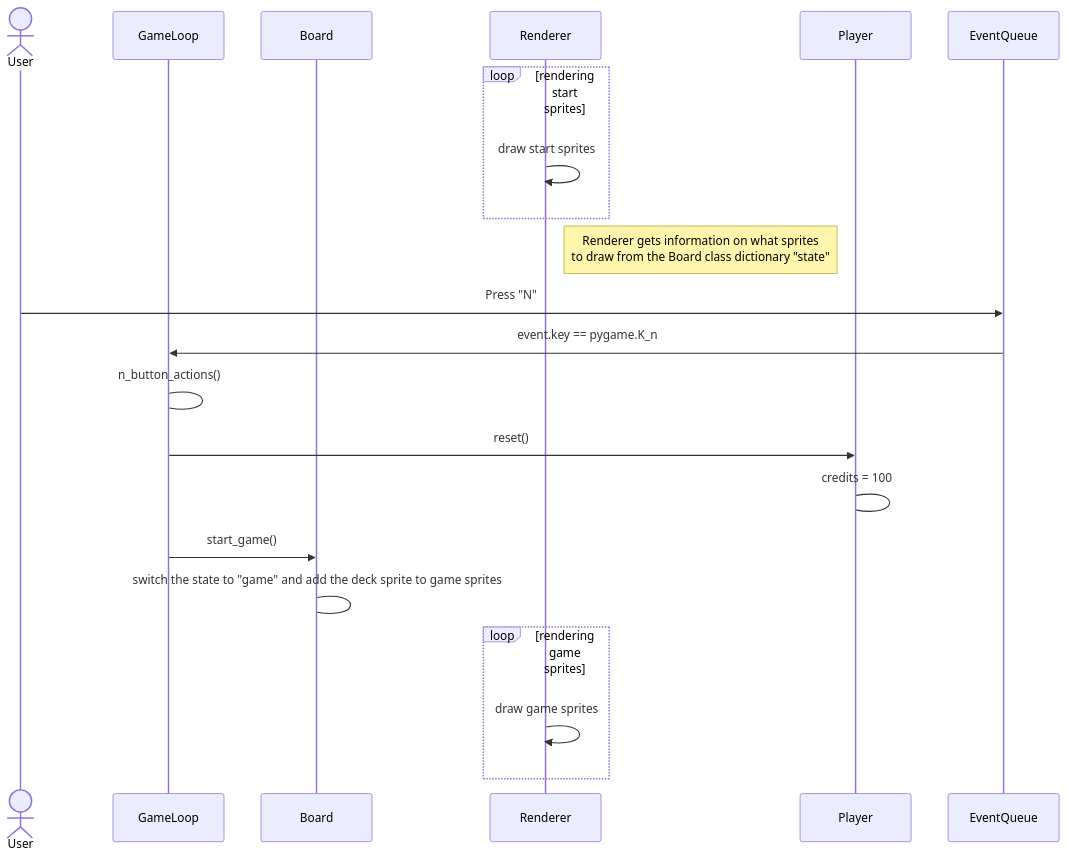
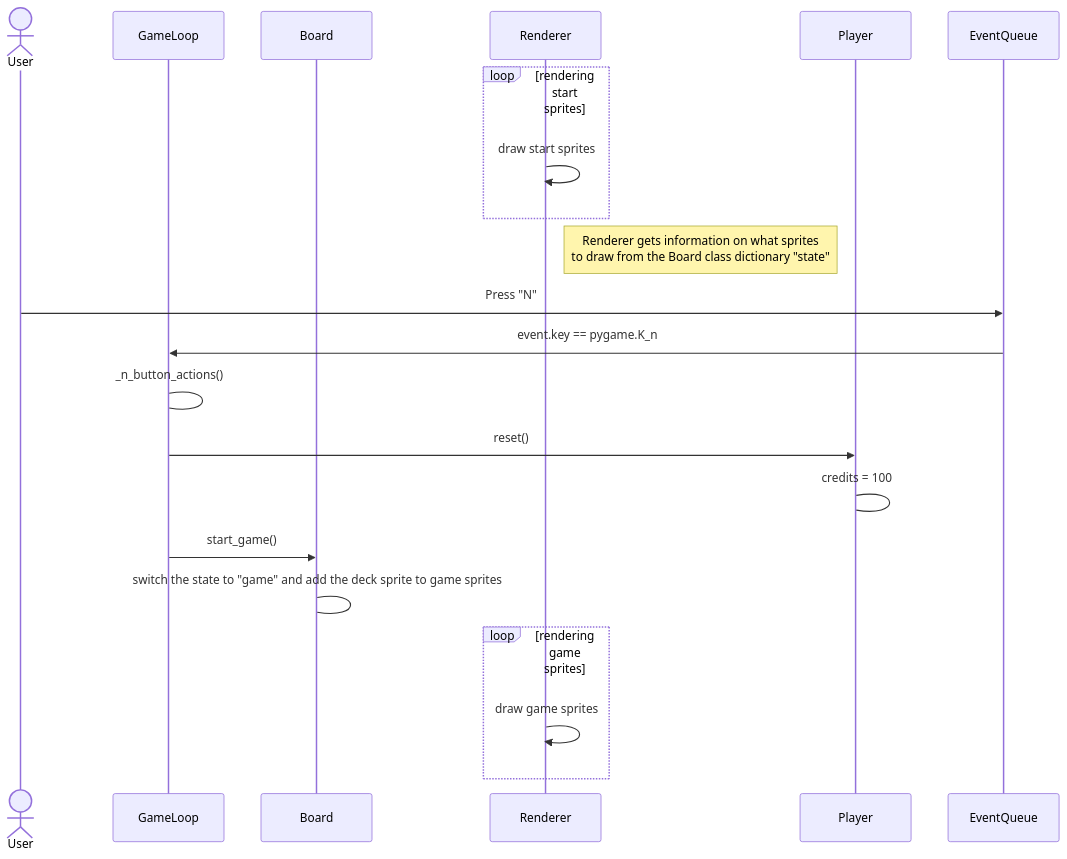
One commit to SJET-Code/ot-harjoitustyo changed the first of 2 diagrams in dokumentaatio/arkkitehtuuri.md. Above: the diagram before and after it, drawn with Mermaid. The commit also changed other lines of this file and 3 other files, not shown here.

````diff
--- a/dokumentaatio/arkkitehtuuri.md
+++ b/dokumentaatio/arkkitehtuuri.md
@@ -28,23 +37,23 @@
 ```mermaid
 sequenceDiagram
   actor U as User
   participant GL as GameLoop
   participant B as Board
   participant Ren as Renderer
   participant P as Player
   participant E as EventQueue
   loop rendering start sprites
     Ren->>Ren: draw start sprites
   end
   Note right of Ren: Renderer gets information on what sprites<br/>to draw from the Board class dictionary "state"
   U->>E: Press "N"
   E->>GL: event.key == pygame.K_n
-  GL->GL: n_button_actions()
+  GL->GL: _n_button_actions()
   GL->>P: reset()
   P->P: credits = 100
   GL->>B: start_game()
   B->B: switch the state to "game" and add the deck sprite to game sprites
   loop rendering game sprites
     Ren->>Ren: draw game sprites
   end
 ```
````
